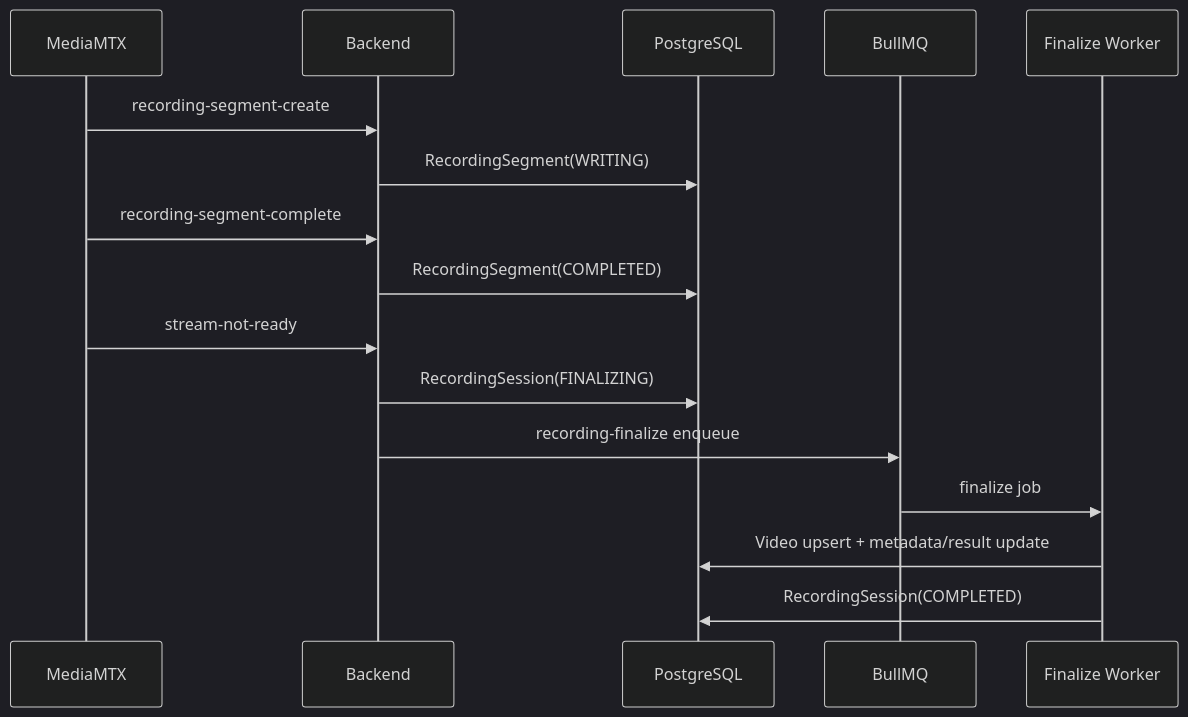
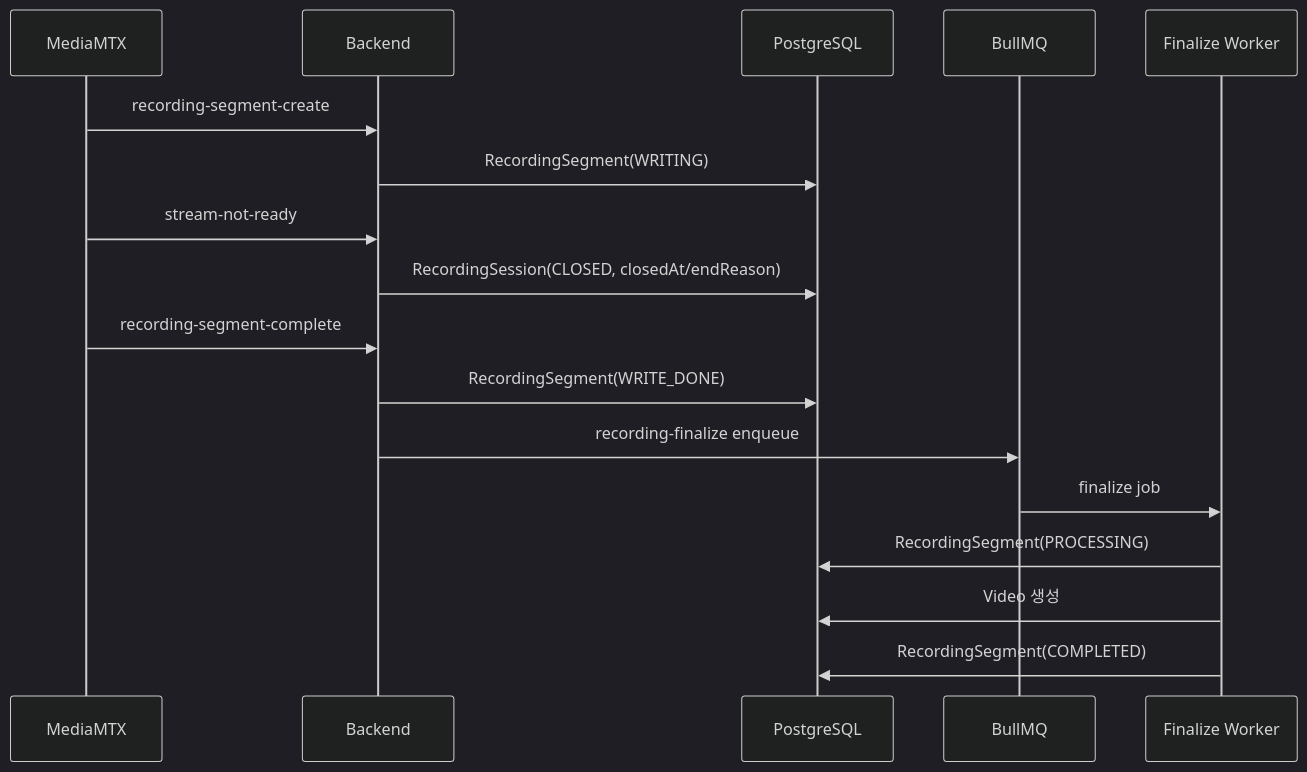
One commit to ego-flow/ego-flow-server changed the seventh of 7 diagrams in docs/09. project_streaming.md. Above: the diagram before and after it, drawn with Mermaid (dark theme). The commit also changed other lines of this file and 6 other files, not shown here.

````diff
--- a/docs/09. project_streaming.md
+++ b/docs/09. project_streaming.md
@@ -496,19 +506,20 @@
 ```mermaid
 sequenceDiagram
     participant MTX as MediaMTX
     participant BE as Backend
     participant DB as PostgreSQL
     participant Queue as BullMQ
     participant Worker as Finalize Worker
 
     MTX->>BE: recording-segment-create
     BE->>DB: RecordingSegment(WRITING)
+    MTX->>BE: stream-not-ready
+    BE->>DB: RecordingSession(CLOSED, closedAt/endReason)
     MTX->>BE: recording-segment-complete
-    BE->>DB: RecordingSegment(COMPLETED)
-    MTX->>BE: stream-not-ready
-    BE->>DB: RecordingSession(FINALIZING)
+    BE->>DB: RecordingSegment(WRITE_DONE)
     BE->>Queue: recording-finalize enqueue
     Queue->>Worker: finalize job
-    Worker->>DB: Video upsert + metadata/result update
-    Worker->>DB: RecordingSession(COMPLETED)
+    Worker->>DB: RecordingSegment(PROCESSING)
+    Worker->>DB: Video 생성
+    Worker->>DB: RecordingSegment(COMPLETED)
 ```
````
